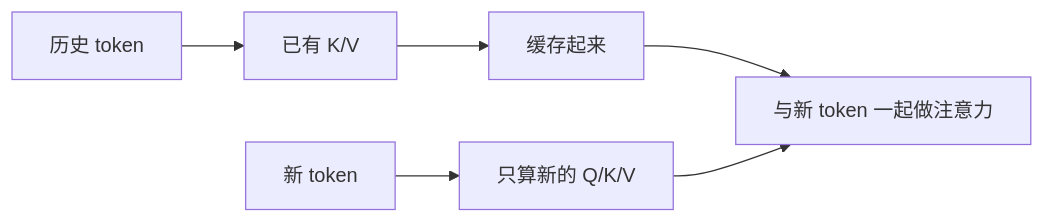
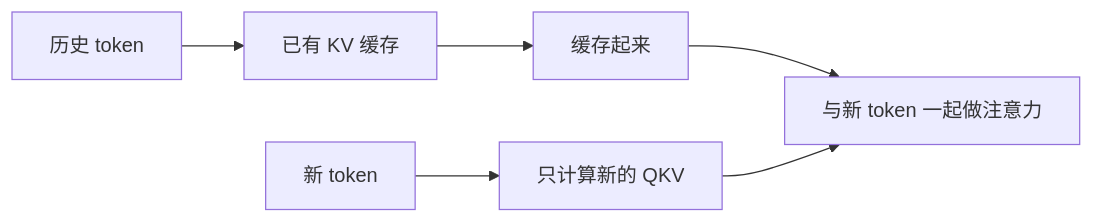
Before and after one commit to xiaoqianbaobao/ai-guide: the second of 5 diagrams in docs/01-llm-foundations/chapter-06-training-inference-and-evolution.md, drawn with Mermaid. The commit also changed other lines of this file and 14 other files, not shown here.

Commit message:
修复前端mermaid语法错误问题

````diff
--- a/docs/01-llm-foundations/chapter-06-training-inference-and-evolution.md
+++ b/docs/01-llm-foundations/chapter-06-training-inference-and-evolution.md
@@ -108,8 +108,8 @@
 ```mermaid
 flowchart LR
-    A[历史 token] --> B[已有 K/V]
+    A[历史 token] --> B[已有 KV 缓存]
     B --> C[缓存起来]
-    D[新 token] --> E[只算新的 Q/K/V]
+    D[新 token] --> E[只计算新的 QKV]
     C --> F[与新 token 一起做注意力]
     E --> F
 ```
````
